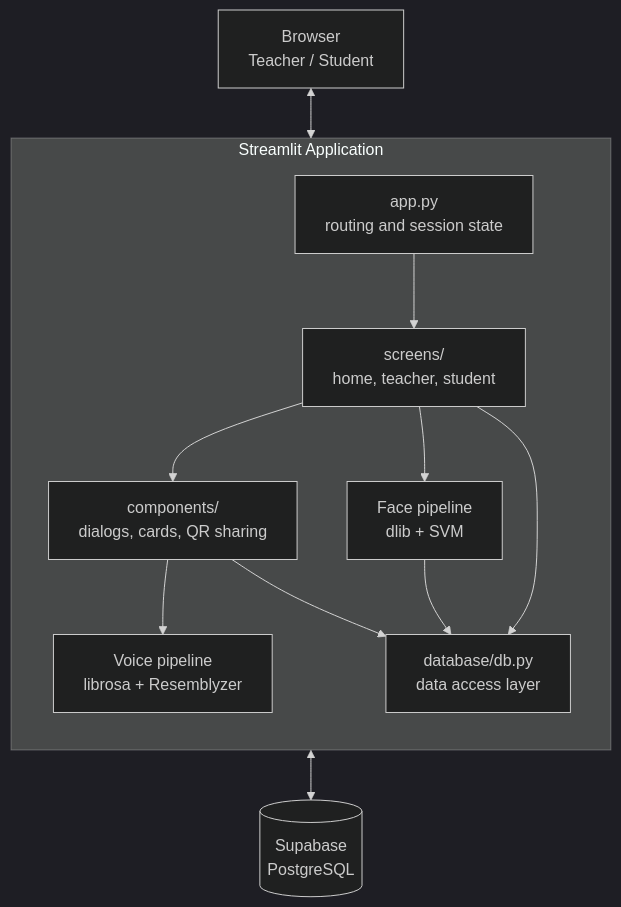
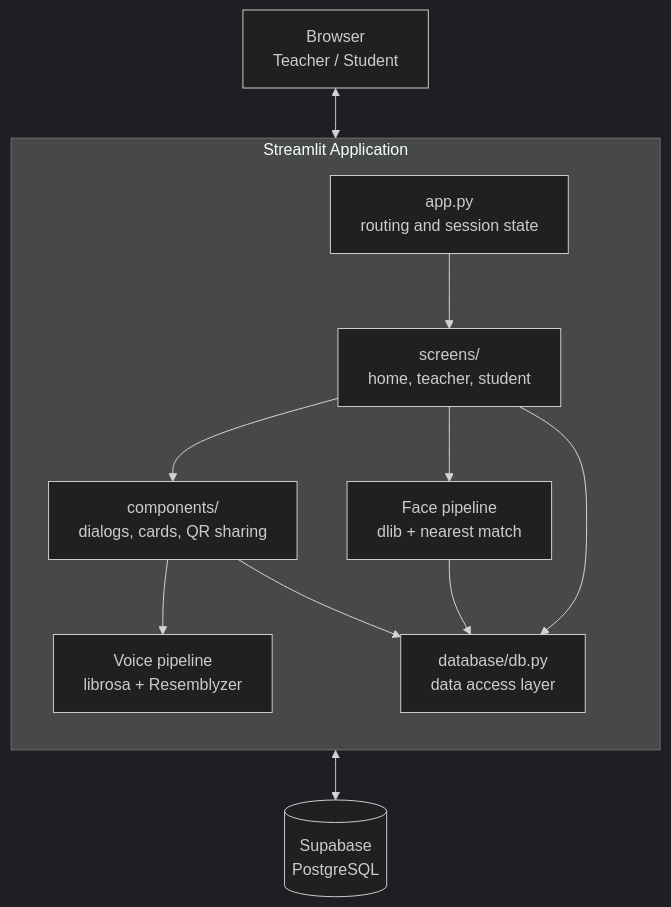
Before and after one commit to ajstyle920/snapclass-major-project: the third of 4 diagrams in README.md, drawn with Mermaid (dark theme). The commit also changed other lines of this file and 3 other files, not shown here.

````diff
--- a/README.md
+++ b/README.md
@@ -137,22 +140,22 @@
 ```mermaid
 flowchart TB
     U[Browser<br/>Teacher / Student] <--> S
 
     subgraph S[Streamlit Application]
         direction TB
         R[app.py<br/>routing and session state]
         SC[screens/<br/>home, teacher, student]
         CO[components/<br/>dialogs, cards, QR sharing]
-        FP[Face pipeline<br/>dlib + SVM]
+        FP[Face pipeline<br/>dlib + nearest match]
         VP[Voice pipeline<br/>librosa + Resemblyzer]
         DB[database/db.py<br/>data access layer]
         R --> SC --> CO
         SC --> FP
         CO --> VP
         SC --> DB
         CO --> DB
         FP --> DB
     end
 
     DB <--> SB[(Supabase<br/>PostgreSQL)]
 ```
````
